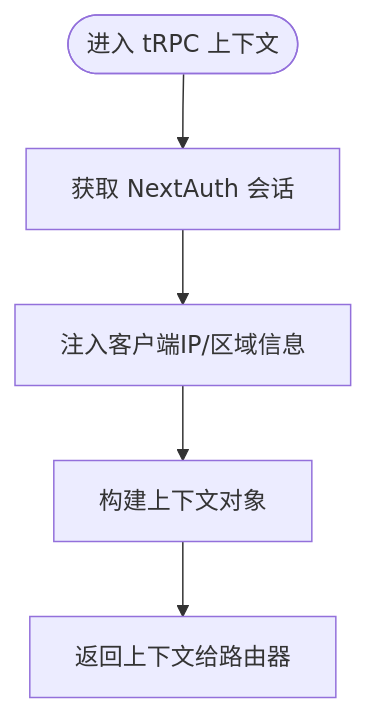
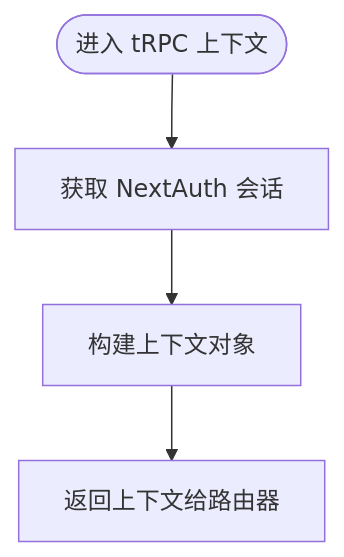
One commit to RadiumAg/AIGate changed the third of 11 diagrams in .qoder/repowiki/zh/content/架构设计/架构设计.md. Above: the diagram before and after it, drawn with Mermaid. The commit also changed other lines of this file and 21 other files, not shown here.

````diff
--- a/.qoder/repowiki/zh/content/架构设计/架构设计.md
+++ b/.qoder/repowiki/zh/content/架构设计/架构设计.md
@@ -171,7 +141,6 @@
 ```mermaid
 flowchart TD
 Start(["进入 tRPC 上下文"]) --> GetSession["获取 NextAuth 会话"]
-GetSession --> InjectContext["注入客户端IP/区域信息"]
-InjectContext --> BuildCtx["构建上下文对象"]
+GetSession --> BuildCtx["构建上下文对象"]
 BuildCtx --> ReturnCtx["返回上下文给路由器"]
 ```
````
